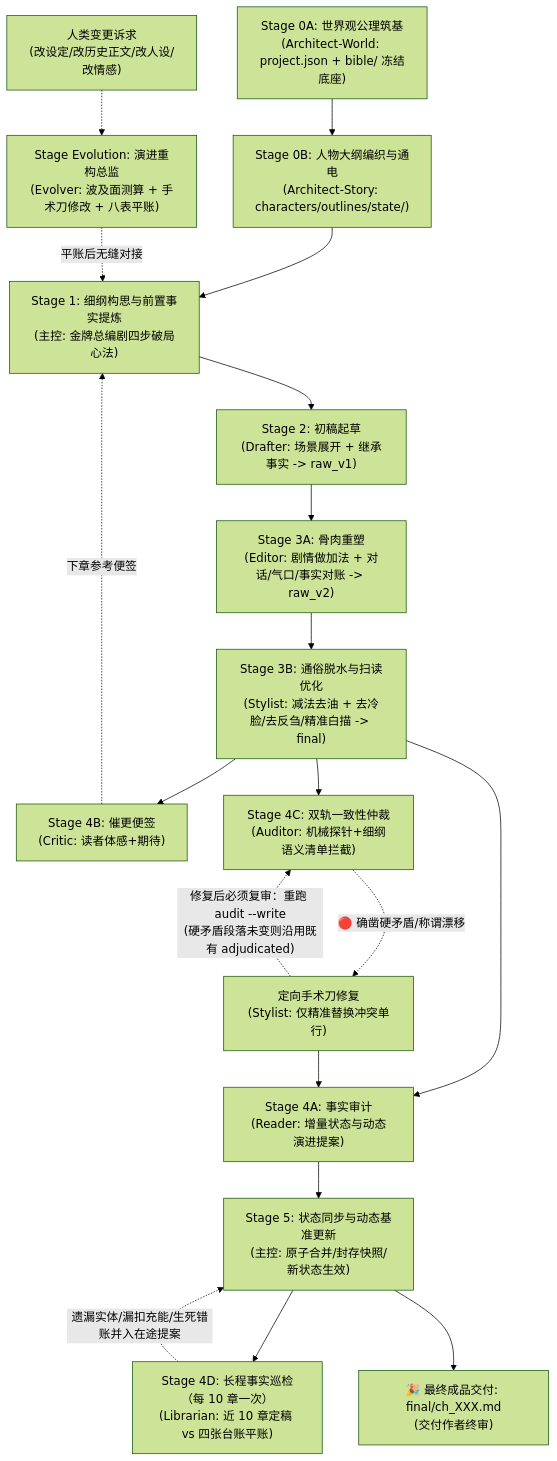
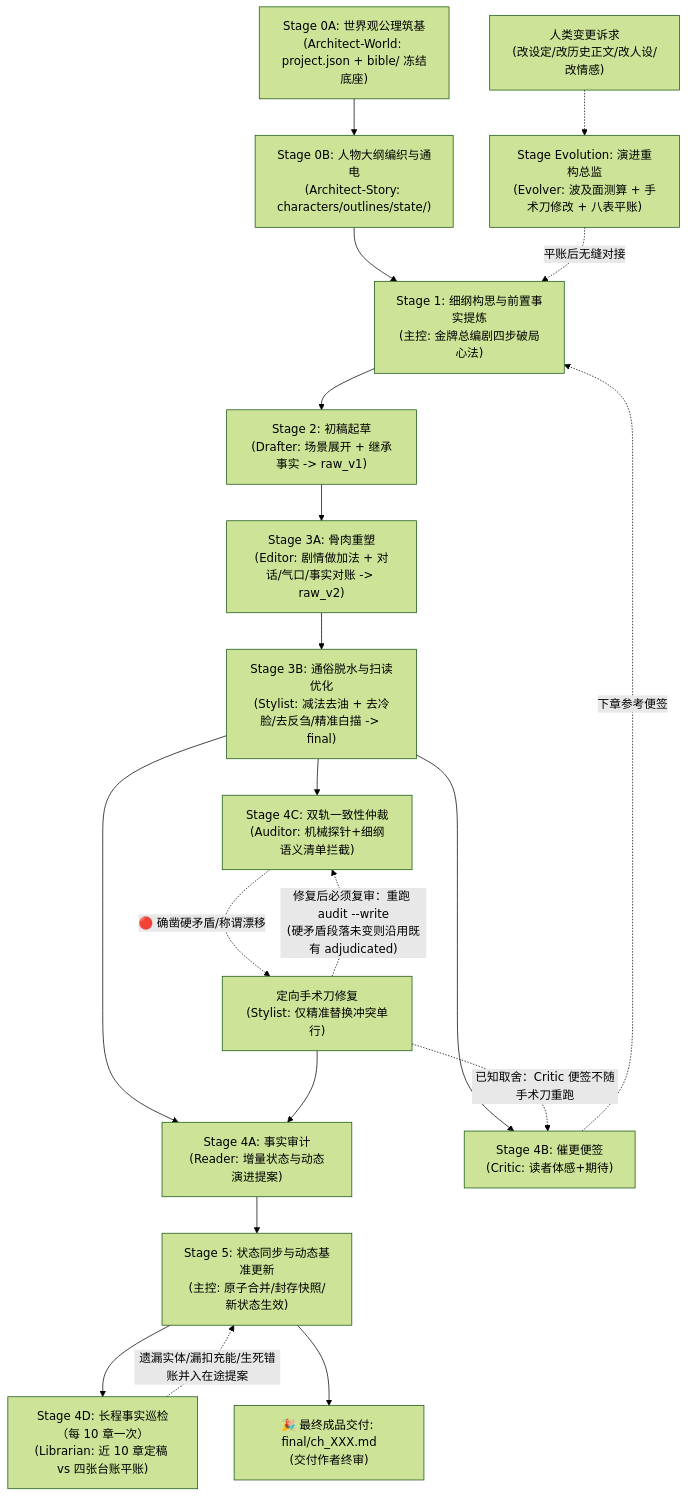
The diagram in AGENTS.md (cg110902/NOVEL), drawn with Mermaid (forest theme) before and after one commit. The commit also changed 5 other files, not shown here.

````diff
--- a/AGENTS.md
+++ b/AGENTS.md
@@ -57,22 +57,23 @@
 ```mermaid
 graph TD
     S0A["Stage 0A: 世界观公理筑基<br/>(Architect-World: project.json + bible/ 冻结底座)"] --> S0B["Stage 0B: 人物大纲编织与通电<br/>(Architect-Story: characters/outlines/state/)"]
     S0B --> S1["Stage 1: 细纲构思与前置事实提炼<br/>(主控: 金牌总编剧四步破局心法)"]
     S1 --> S2["Stage 2: 初稿起草<br/>(Drafter: 场景展开 + 继承事实 -> raw_v1)"]
     S2 --> S3A["Stage 3A: 骨肉重塑<br/>(Editor: 剧情做加法 + 对话/气口/事实对账 -> raw_v2)"]
     S3A --> S3B["Stage 3B: 通俗脱水与扫读优化<br/>(Stylist: 减法去油 + 去冷脸/去反刍/精准白描 -> final)"]
     S3B --> S4A["Stage 4A: 事实审计<br/>(Reader: 增量状态与动态演进提案)"]
     S3B --> S4B["Stage 4B: 催更便签<br/>(Critic: 读者体感+期待)"]
     S3B --> S4C["Stage 4C: 双轨一致性仲裁<br/>(Auditor: 机械探针+细纲语义清单拦截)"]
     S4C -. "🔴 确凿硬矛盾/称谓漂移" .-> S4Patch["定向手术刀修复<br/>(Stylist: 仅精准替换冲突单行)"]
     S4Patch -. "修复后必须复审：重跑 audit --write<br/>(硬矛盾段落未变则沿用既有 adjudicated)" .-> S4C
     S4Patch --> S4A
     S4A --> S5["Stage 5: 状态同步与动态基准更新<br/>(主控: 原子合并/封存快照/新状态生效)"]
     S5 --> S4D["Stage 4D: 长程事实巡检（每 10 章一次）<br/>(Librarian: 近 10 章定稿 vs 四张台账平账)"]
     S4D -. "遗漏实体/漏扣充能/生死错账并入在途提案" .-> S5
+    S4Patch -. "已知取舍：Critic 便签不随手术刀重跑" .-> S4B
     S4B -. "下章参考便签" .-> S1
     S5 --> S6["🎉 最终成品交付: final/ch_XXX.md<br/>(交付作者终审)"]
 
     UserChange["人类变更诉求<br/>(改设定/改历史正文/改人设/改情感)"] -.-> SEvolution["Stage Evolution: 演进重构总监<br/>(Evolver: 波及面测算 + 手术刀修改 + 八表平账)"]
     SEvolution -. "平账后无缝对接" .-> S1
 ```
````
